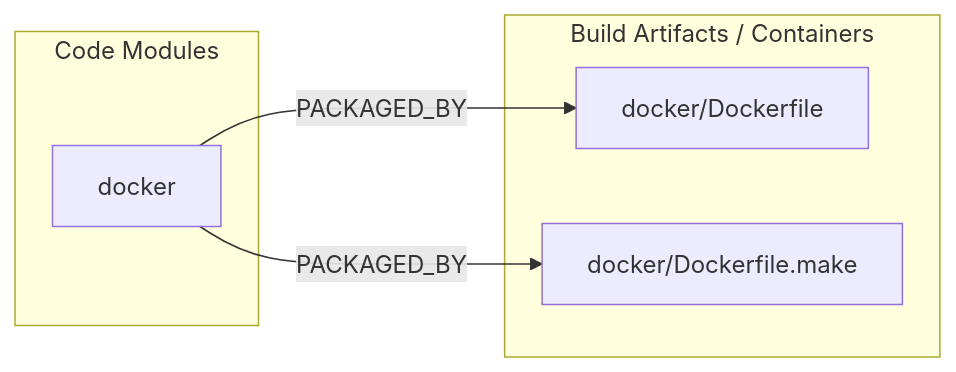
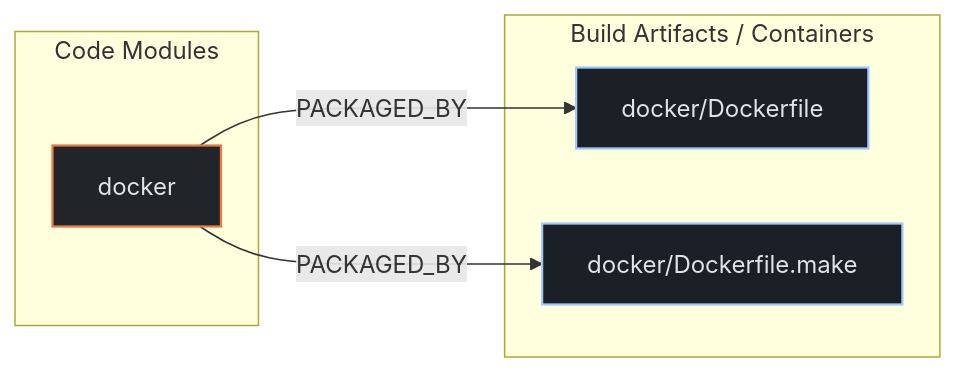
Before and after one commit to kumarshaz/atruss-code-atlas: the second of 3 diagrams in exports/latest/reports/woodpecker-ci-autoscaler-report.md, drawn with Mermaid. The commit also changed other lines of this file and 331 other files, not shown here.

Commit message:
docs,ui,fix: update SDLC docs, reorder CI/CD DAG first, stylize Mermaid, and fix Arc42 pipeline topology

````diff
--- a/exports/latest/reports/woodpecker-ci-autoscaler-report.md
+++ b/exports/latest/reports/woodpecker-ci-autoscaler-report.md
@@ -204,12 +211,16 @@
 ```mermaid
 flowchart LR
+    classDef atlasCategory fill:#212428,stroke:#E87A48,stroke-width:1.5px,color:#dfe3eb
+    classDef atlasWorkflow fill:#1b2026,stroke:#a3c9ff,stroke-width:1.5px,color:#dfe3eb
+    classDef atlasJob fill:#171c22,stroke:#8d9199,stroke-width:1px,color:#dfe3eb
+    classDef atlasTarget fill:#005227,stroke:#8bd99b,stroke-width:1.5px,color:#a7f6b6
     subgraph code_modules["Code Modules"]
-        mod_docker["docker"]
+        mod_docker["docker"]:::atlasCategory
     end
     subgraph build_artifacts["Build Artifacts / Containers"]
-        art_docker_Dockerfile["docker/Dockerfile"]
-        art_docker_Dockerfile_make["docker/Dockerfile.make"]
+        art_docker_Dockerfile["docker/Dockerfile"]:::atlasWorkflow
+        art_docker_Dockerfile_make["docker/Dockerfile.make"]:::atlasWorkflow
     end
     mod_docker -->|PACKAGED_BY| art_docker_Dockerfile
     mod_docker -->|PACKAGED_BY| art_docker_Dockerfile_make
 ```
````
